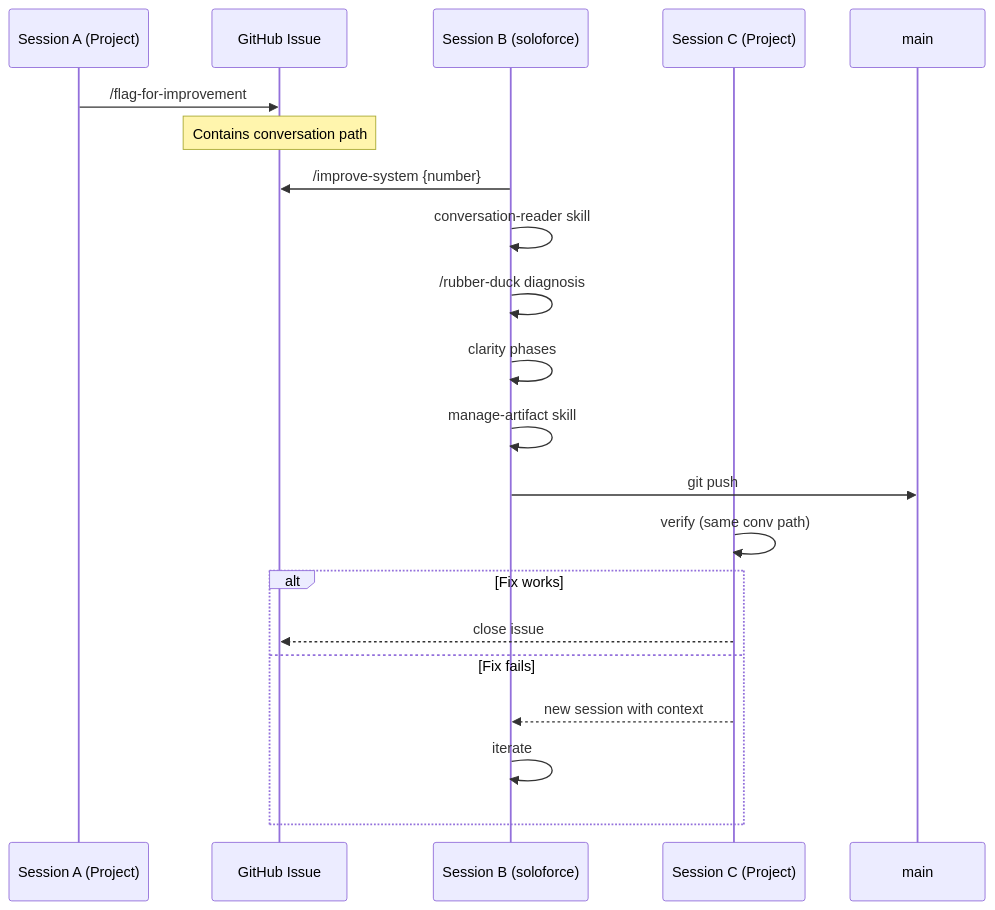
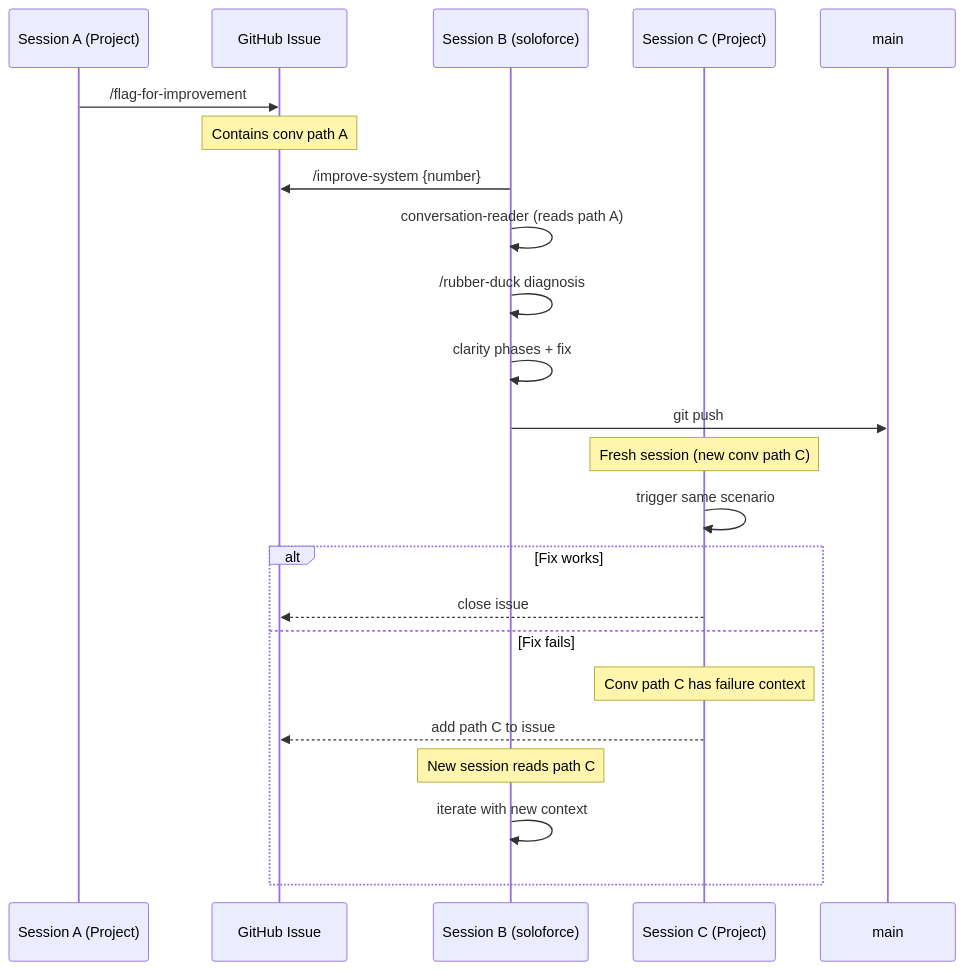
Before and after one commit to MariusWilsch/public-wilsch-ai-pages: the diagram in global/improve-system-architecture.md, drawn with Mermaid.

Commit message:
Sync from hippocampus 2026-01-19

````diff
--- a/global/improve-system-architecture.md
+++ b/global/improve-system-architecture.md
@@ -132,23 +132,25 @@
 ```mermaid
 sequenceDiagram
     participant A as Session A (Project)
     participant Issue as GitHub Issue
     participant B as Session B (soloforce)
     participant C as Session C (Project)
 
     A->>Issue: /flag-for-improvement
-    Note over Issue: Contains conversation path
+    Note over Issue: Contains conv path A
     B->>Issue: /improve-system {number}
-    B->>B: conversation-reader skill
+    B->>B: conversation-reader (reads path A)
     B->>B: /rubber-duck diagnosis
-    B->>B: clarity phases
-    B->>B: manage-artifact skill
+    B->>B: clarity phases + fix
     B->>main: git push
-    C->>C: verify (same conv path)
+    Note over C: Fresh session (new conv path C)
+    C->>C: trigger same scenario
     alt Fix works
         C-->>Issue: close issue
     else Fix fails
-        C-->>B: new session with context
-        B->>B: iterate
+        Note over C: Conv path C has failure context
+        C-->>Issue: add path C to issue
+        Note over B: New session reads path C
+        B->>B: iterate with new context
     end
 ```
````
